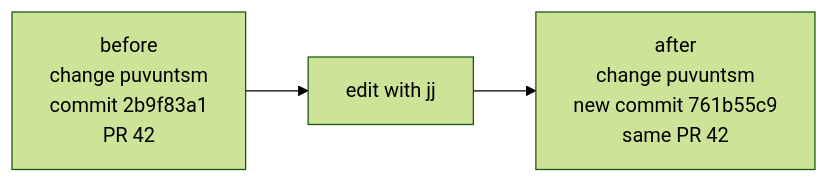
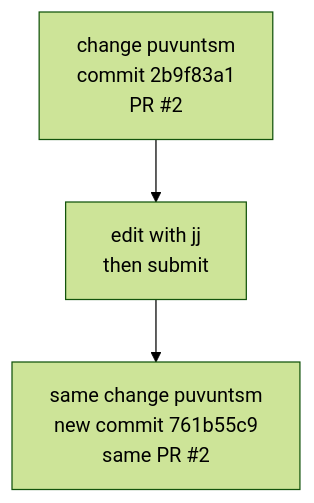
The second of 3 diagrams in docs/mental-model.md (bos/jj-review), drawn with Mermaid (forest theme) before and after one commit. The commit also changed other lines of this file and 7 other files, not shown here.

````diff
--- a/docs/mental-model.md
+++ b/docs/mental-model.md
@@ -50,7 +84,7 @@
 ```mermaid
-flowchart LR
-  Before["before<br/>change puvuntsm<br/>commit 2b9f83a1<br/>PR 42"]
-  Edit["edit with jj"]
-  After["after<br/>change puvuntsm<br/>new commit 761b55c9<br/>same PR 42"]
+flowchart TB
+  Before["change puvuntsm<br/>commit 2b9f83a1<br/>PR #2"]
+  Edit["edit with jj<br/>then submit"]
+  After["same change puvuntsm<br/>new commit 761b55c9<br/>same PR #2"]
   Before --> Edit --> After
 ```
````
